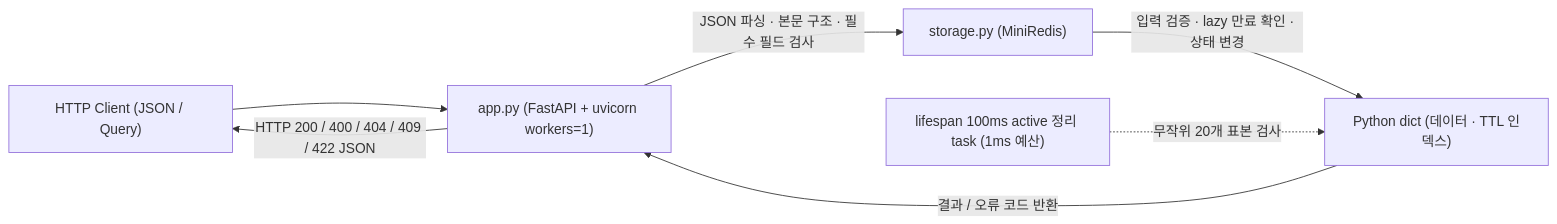
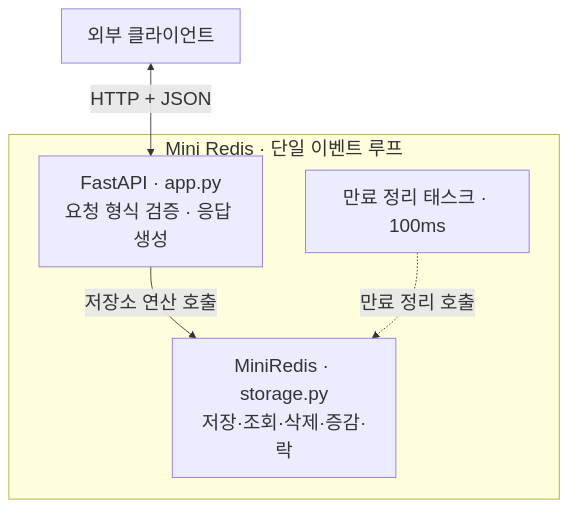
The diagram in readme.md (bennjung/jungle-mini-redis-week11), drawn with Mermaid before and after one commit. The commit also changed other lines of this file and 16 other files, not shown here.

````diff
--- a/readme.md
+++ b/readme.md
@@ -41,9 +22,16 @@
 ```mermaid
-flowchart LR
-    Client["HTTP Client (JSON / Query)"] --> FastAPI["app.py (FastAPI + uvicorn workers=1)"]
-    FastAPI -->|"JSON 파싱 · 본문 구조 · 필수 필드 검사"| Storage["storage.py (MiniRedis)"]
-    Storage -->|"입력 검증 · lazy 만료 확인 · 상태 변경"| Dict["Python dict (데이터 · TTL 인덱스)"]
-    Dict -->|"결과 / 오류 코드 반환"| FastAPI
-    FastAPI -->|"HTTP 200 / 400 / 404 / 409 / 422 JSON"| Client
-    Timer["lifespan 100ms active 정리 task (1ms 예산)"] -.->|"무작위 20개 표본 검사"| Dict
+%%{init: {"themeVariables": {"fontSize": "22px"}}}%%
+flowchart TB
+    Client["외부 클라이언트"]
+
+    subgraph Server["Mini Redis · 단일 이벤트 루프"]
+        API["FastAPI · app.py<br/>요청 형식 검증 · 응답 생성"]
+        Timer["만료 정리 태스크 · 100ms"]
+        Core["MiniRedis · storage.py<br/>저장·조회·삭제·증감·락"]
+
+        API -->|"저장소 연산 호출"| Core
+        Timer -.->|"만료 정리 호출"| Core
+    end
+
+    Client <-->|"HTTP + JSON"| API
 ```
````
